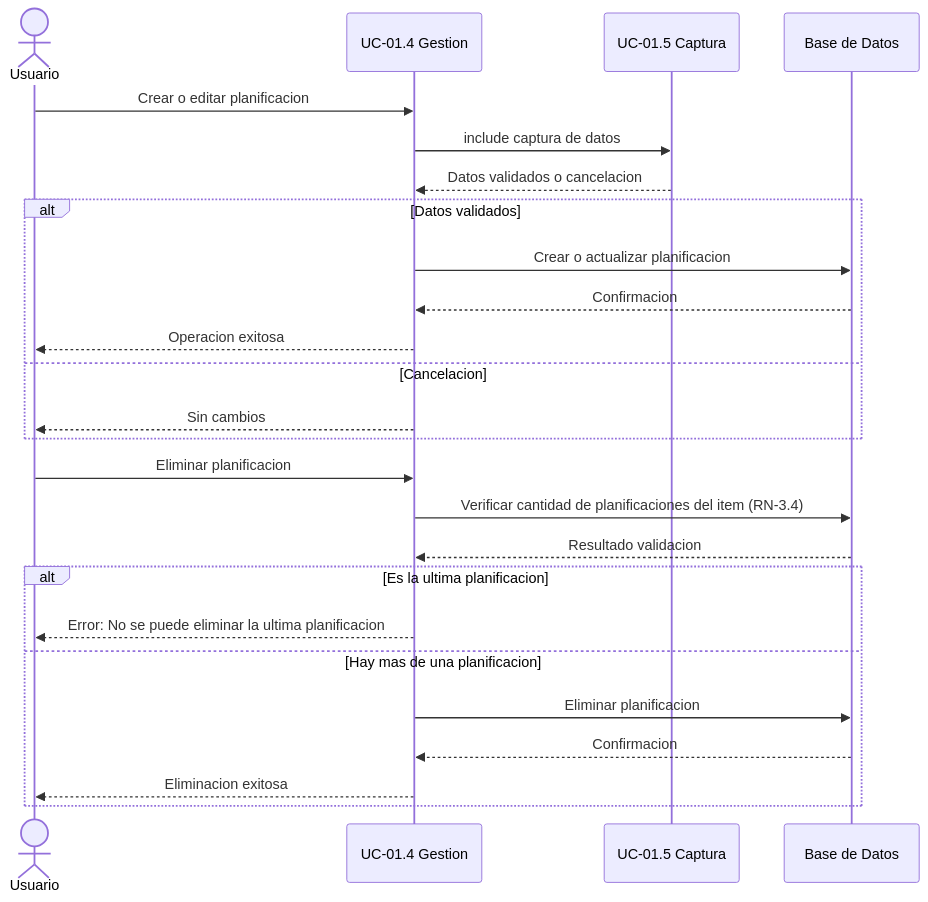
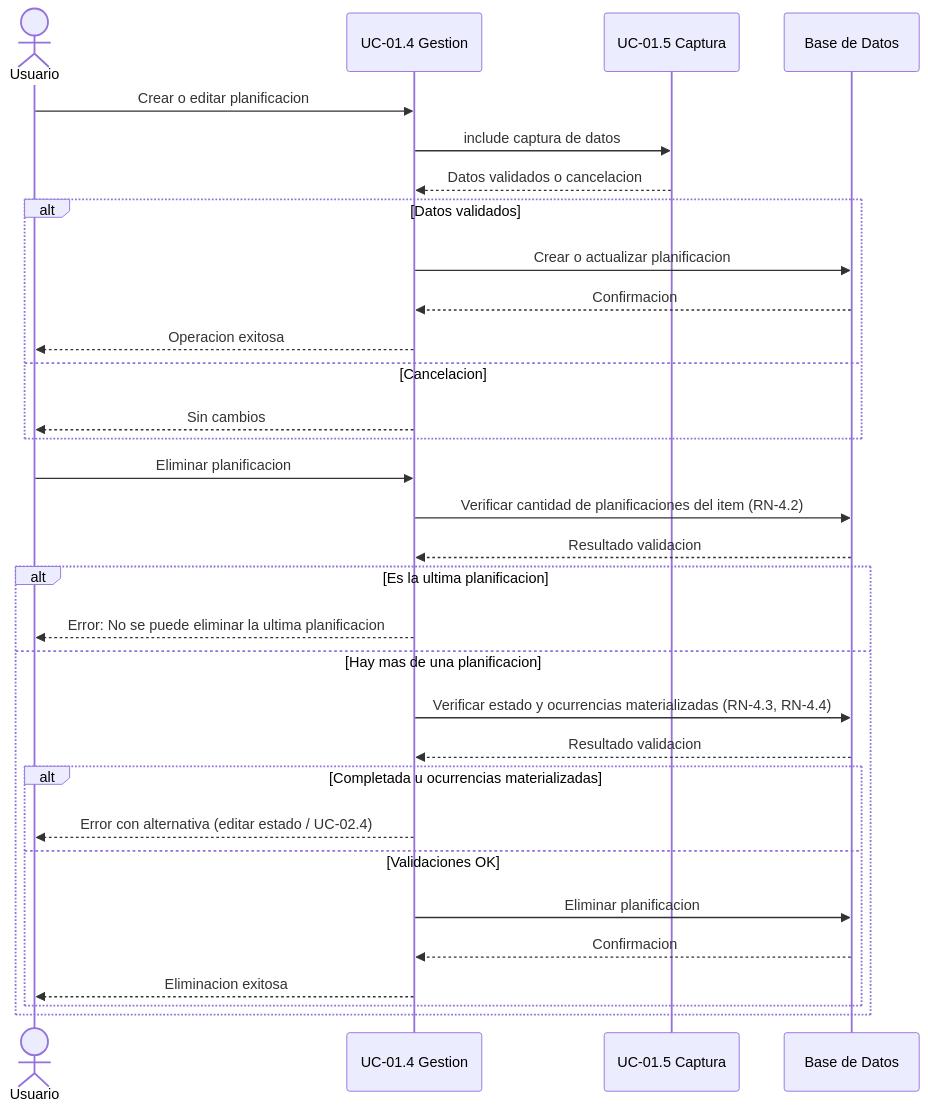
Before and after one commit to serpegon11710-byte/Planificacion_2.0: the diagram in docs/casos-uso/UC-01.4-gestion-planificacion.md, drawn with Mermaid. The commit also changed other lines of this file and 25 other files, not shown here.

First line of the commit message:
Modelo ER

````diff
--- a/docs/casos-uso/UC-01.4-gestion-planificacion.md
+++ b/docs/casos-uso/UC-01.4-gestion-planificacion.md
@@ -21,31 +21,38 @@
 ```mermaid
 sequenceDiagram
   actor U as Usuario
   participant P as UC-01.4 Gestion
   participant C as UC-01.5 Captura
   participant DB as Base de Datos
 
   U->>P: Crear o editar planificacion
   P->>C: include captura de datos
   C-->>P: Datos validados o cancelacion
 
   alt Datos validados
     P->>DB: Crear o actualizar planificacion
     DB-->>P: Confirmacion
     P-->>U: Operacion exitosa
   else Cancelacion
     P-->>U: Sin cambios
   end
 
   U->>P: Eliminar planificacion
-  P->>DB: Verificar cantidad de planificaciones del item (RN-3.4)
+  P->>DB: Verificar cantidad de planificaciones del item (RN-4.2)
   DB-->>P: Resultado validacion
 
   alt Es la ultima planificacion
     P-->>U: Error: No se puede eliminar la ultima planificacion
   else Hay mas de una planificacion
-    P->>DB: Eliminar planificacion
-    DB-->>P: Confirmacion
-    P-->>U: Eliminacion exitosa
+    P->>DB: Verificar estado y ocurrencias materializadas (RN-4.3, RN-4.4)
+    DB-->>P: Resultado validacion
+
+    alt Completada u ocurrencias materializadas
+      P-->>U: Error con alternativa (editar estado / UC-02.4)
+    else Validaciones OK
+      P->>DB: Eliminar planificacion
+      DB-->>P: Confirmacion
+      P-->>U: Eliminacion exitosa
+    end
   end
 ```
````
